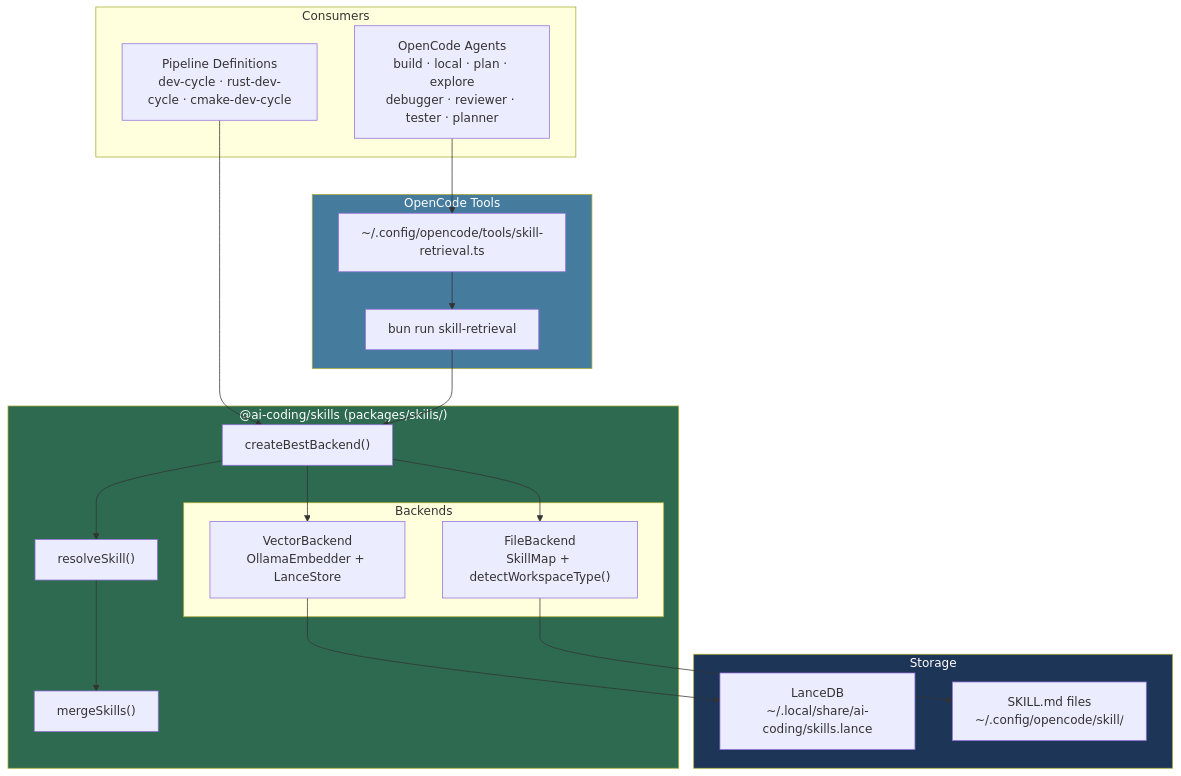
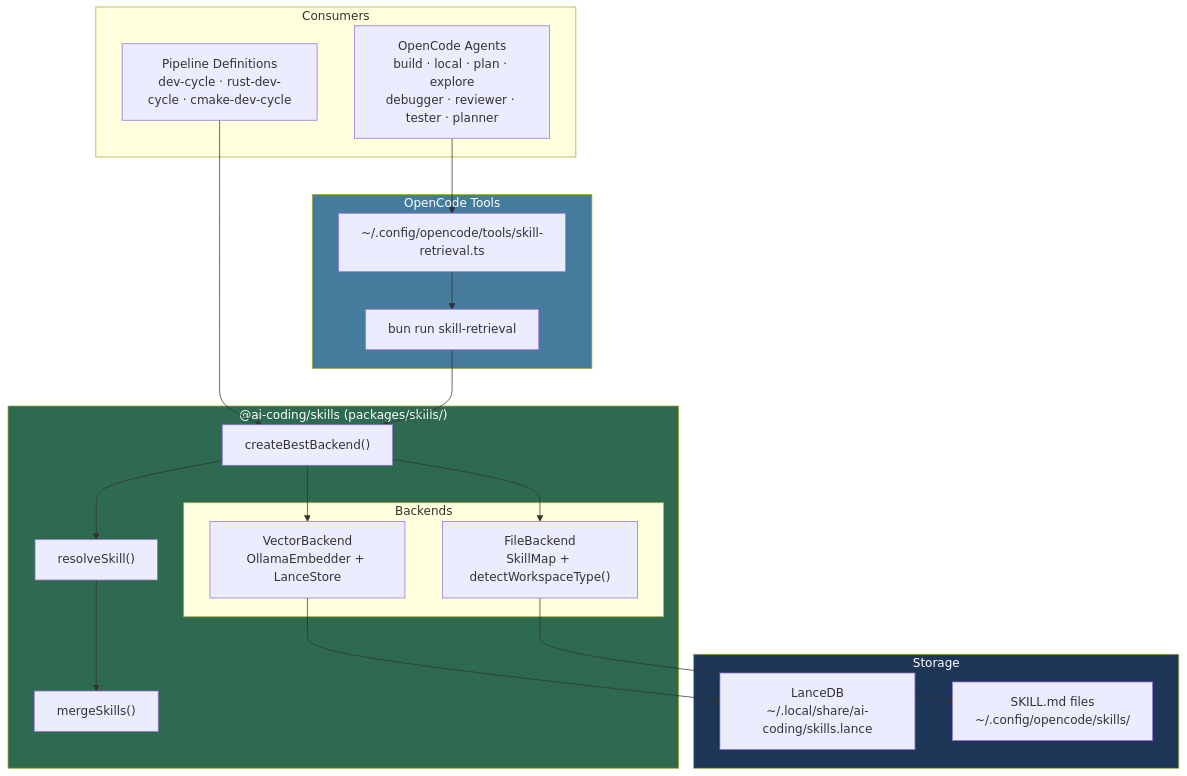
The first of 8 diagrams in docs/skills.md (vansweej/ai-coding), drawn with Mermaid before and after one commit. The commit also changed other lines of this file and 8 other files, not shown here.

Commit message:
refactor: update DEFAULT_SKILL_ROOT and docs from skill/ to skills/

````diff
--- a/docs/skills.md
+++ b/docs/skills.md
@@ -38,46 +38,46 @@
 ```mermaid
 graph TD
     subgraph Consumers["Consumers"]
         Pipelines["Pipeline Definitions\ndev-cycle · rust-dev-cycle · cmake-dev-cycle"]
         OpenCode["OpenCode Agents\nbuild · local · plan · explore\ndebugger · reviewer · tester · planner"]
     end
 
     subgraph SkillsPkg["@ai-coding/skills (packages/skills/)"]
         CreateBackend["createBestBackend()"]
         ResolveSkill["resolveSkill()"]
         MergeSkills["mergeSkills()"]
 
         subgraph Backends["Backends"]
             VectorBack["VectorBackend\nOllamaEmbedder + LanceStore"]
             FileBack["FileBackend\nSkillMap + detectWorkspaceType()"]
         end
     end
 
     subgraph Storage["Storage"]
         LanceDB["LanceDB\n~/.local/share/ai-coding/skills.lance"]
-        SkillFiles["SKILL.md files\n~/.config/opencode/skill/"]
+        SkillFiles["SKILL.md files\n~/.config/opencode/skills/"]
     end
 
     subgraph Tools["OpenCode Tools"]
         SkillTool["~/.config/opencode/tools/skill-retrieval.ts"]
         SkillCLI["bun run skill-retrieval"]
     end
 
     Pipelines --> CreateBackend
     OpenCode --> SkillTool
     SkillTool --> SkillCLI
     SkillCLI --> CreateBackend
 
     CreateBackend --> VectorBack
     CreateBackend --> FileBack
 
     VectorBack --> LanceDB
     FileBack --> SkillFiles
 
     CreateBackend --> ResolveSkill
     ResolveSkill --> MergeSkills
 
     style SkillsPkg fill:#2d6a4f,color:#fff
     style Storage fill:#1d3557,color:#fff
     style Tools fill:#457b9d,color:#fff
 ```
````
